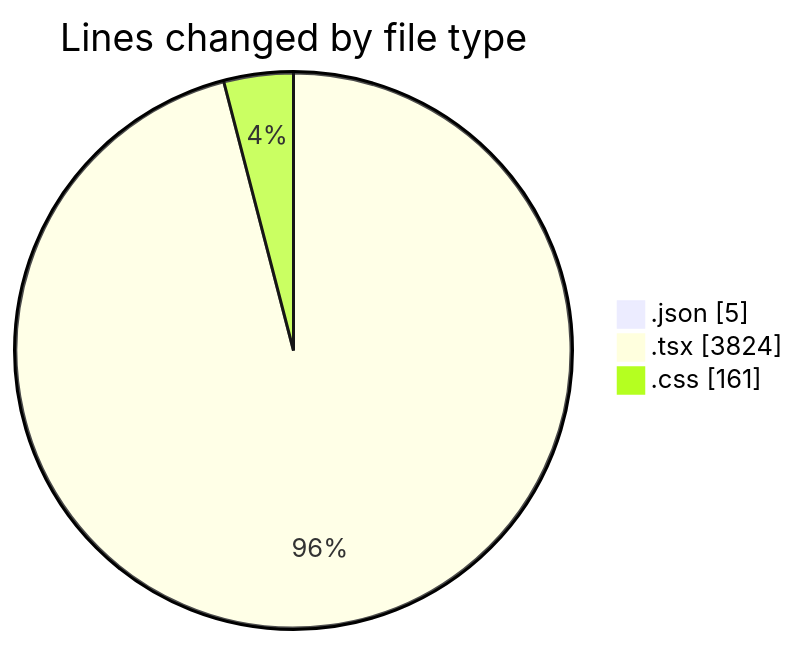
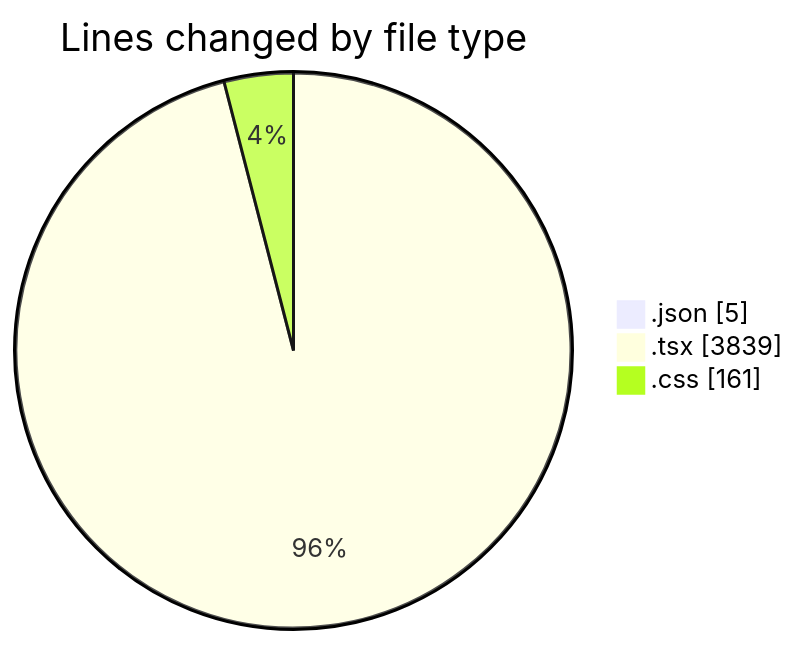
Before and after one commit to Elitesun/code-tracking: the first of 2 diagrams in 2025-05-29/advertise/README.md, drawn with Mermaid. The commit also changed other lines of this file and 1 other file, not shown here.

````diff
--- a/2025-05-29/advertise/README.md
+++ b/2025-05-29/advertise/README.md
@@ -34,7 +34,7 @@
 ```mermaid
 pie showData
 title Lines changed by file type
 ".json" : 5
-".tsx" : 3824
+".tsx" : 3839
 ".css" : 161
 ```
````
